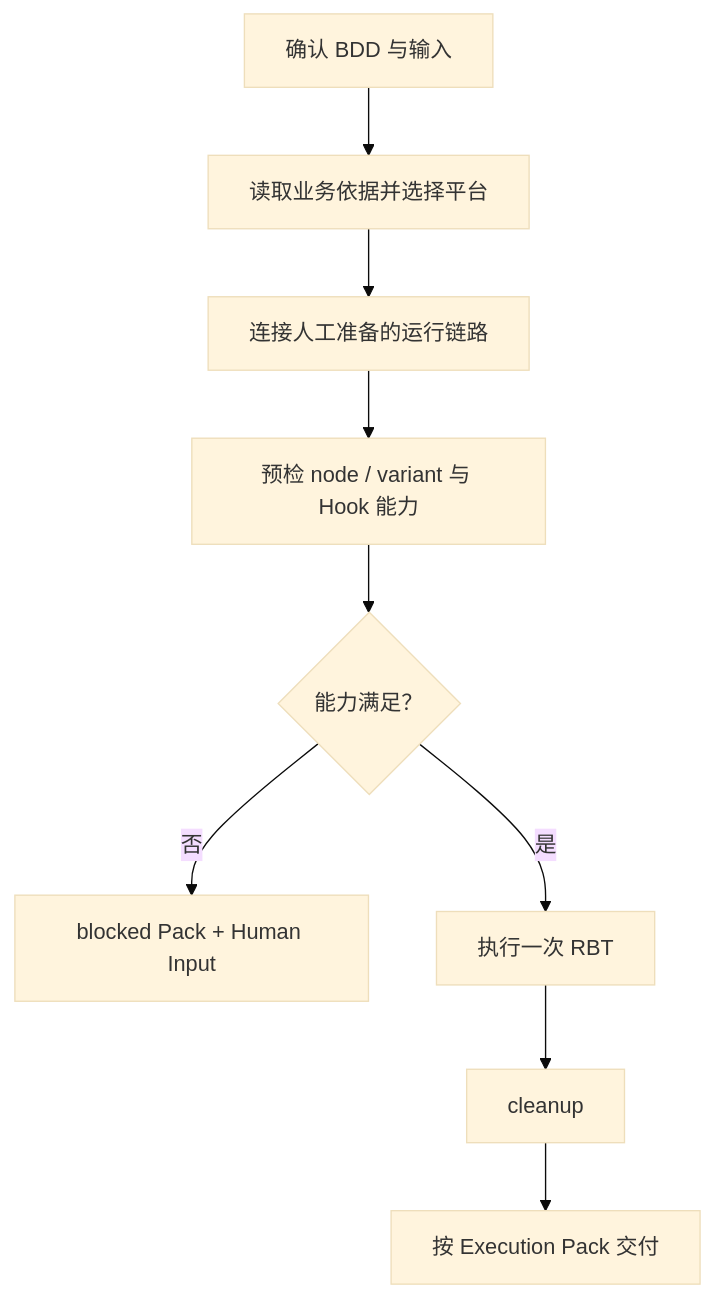
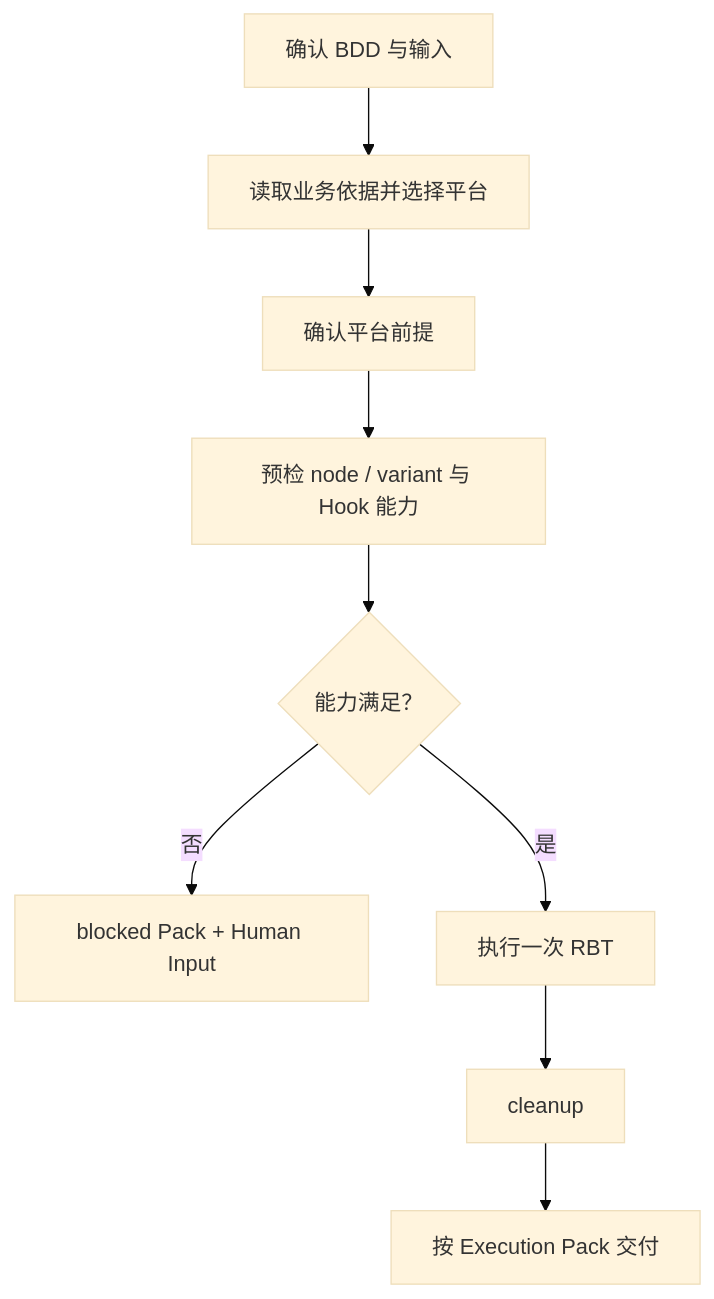
One commit to daihothot/scout changed the first of 5 diagrams in assets/codex/skills/domain-rbt-executor/SKILL.md. Above: the diagram before and after it, drawn with Mermaid (base theme). The commit also changed other lines of this file and 24 other files, not shown here.

First line of the commit message:
enhance(rbt): rework execution flow with execute-file and dynamic tools

````diff
--- a/assets/codex/skills/domain-rbt-executor/SKILL.md
+++ b/assets/codex/skills/domain-rbt-executor/SKILL.md
@@ -86,11 +86,11 @@
 ```mermaid
 flowchart TD
   A["确认 BDD 与输入"] --> B["读取业务依据并选择平台"]
-  B --> C["连接人工准备的运行链路"]
+  B --> C["确认平台前提"]
   C --> D["预检 node / variant 与 Hook 能力"]
   D --> E{"能力满足？"}
   E -- "否" --> H["blocked Pack + Human Input"]
   E -- "是" --> F["执行一次 RBT"]
   F --> G["cleanup"]
   G --> I["按 Execution Pack 交付"]
 ```
````
